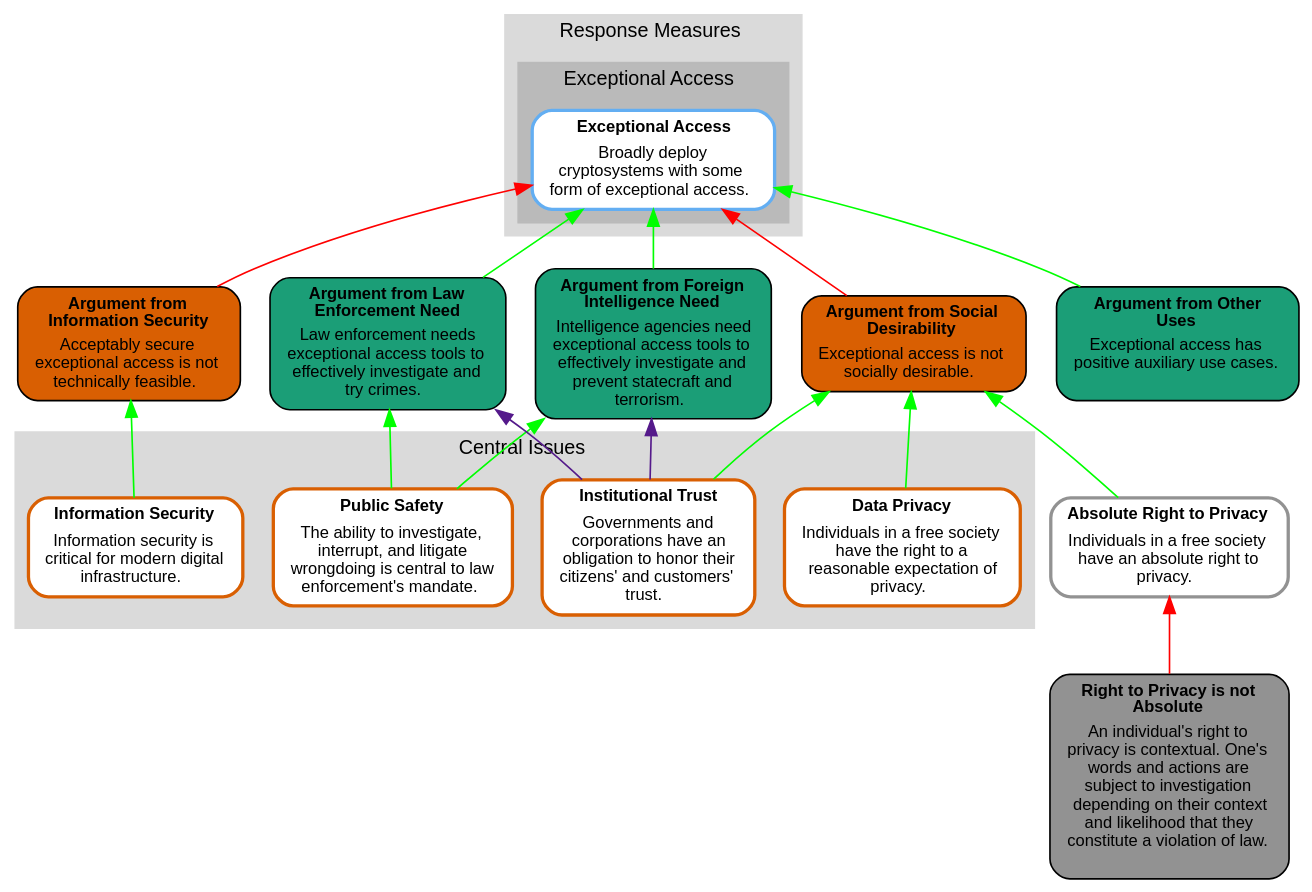
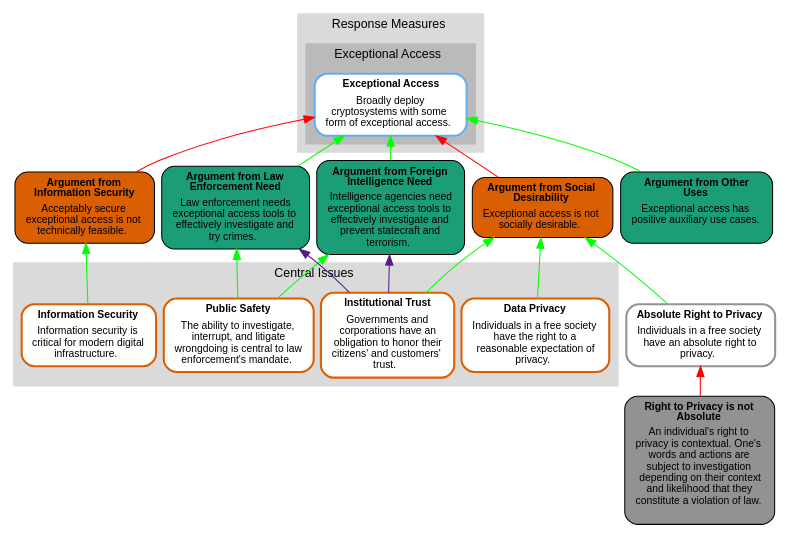
Before and after one commit to kkredit/confronting-wicked-crypto: the diagram in articles/tots-ieee/figures/dot/comprehensive.contrib.dot, drawn with Graphviz. The commit also changed 5 other files, not shown here.

Commit message:
modified dot files for more compact graphs

```diff
--- a/articles/tots-ieee/figures/dot/comprehensive.contrib.dot
+++ b/articles/tots-ieee/figures/dot/comprehensive.contrib.dot
@@ -1,70 +1,72 @@
 digraph "Argument Map" {
 
 rankdir = "BT";
+ranksep = "0.25";
+nodesep = "0.1"
 concentrate = "false";
-ratio = "auto";
-size = "10,10";
+ratio = "compress";
+size = "6,8.5";
 edge[arrowsize="1", penwidth="1"]graph [bgcolor = "transparent" ]
 subgraph cluster_1 {
   label = <<FONT FACE="arial" POINT-SIZE="12" COLOR="#000000">Central&#x20;Issues&#x20;</FONT>>;
   color = "#DADADA";
   margin="8" style = filled;
  labelloc = "b";
 
   n0 [label=<<TABLE WIDTH="0" ALIGN="CENTER" BORDER="0" CELLSPACING="0"><TR><TD WIDTH="0" ALIGN="TEXT" BALIGN="CENTER"><FONT FACE="arial" POINT-SIZE="10" COLOR="#000000"><B>Information&#x20;Security&#x20;</B></FONT></TD></TR><TR><TD ALIGN="TEXT" WIDTH="0" BALIGN="CENTER"><FONT FACE="arial" POINT-SIZE="10" COLOR="#000000">Information&#x20;security&#x20;is&#x20;<BR/>critical&#x20;for&#x20;modern&#x20;digital&#x20;<BR/>infrastructure.&#x20;&#x20;</FONT></TD></TR></TABLE>>, shape="box",  margin="0.11,0.055", style="filled,rounded,bold", color="#d95f02", fillcolor="white", labelfontcolor="white", fontcolor="#000000", type="statement-map-node"];
   n1 [label=<<TABLE WIDTH="0" ALIGN="CENTER" BORDER="0" CELLSPACING="0"><TR><TD WIDTH="0" ALIGN="TEXT" BALIGN="CENTER"><FONT FACE="arial" POINT-SIZE="10" COLOR="#000000"><B>Public&#x20;Safety&#x20;</B></FONT></TD></TR><TR><TD ALIGN="TEXT" WIDTH="0" BALIGN="CENTER"><FONT FACE="arial" POINT-SIZE="10" COLOR="#000000">The&#x20;ability&#x20;to&#x20;investigate&#x2C;&#x20;<BR/>interrupt&#x2C;&#x20;and&#x20;litigate&#x20;<BR/>wrongdoing&#x20;is&#x20;central&#x20;to&#x20;law&#x20;<BR/>enforcement&#x27;s&#x20;mandate.&#x20;&#x20;</FONT></TD></TR></TABLE>>, shape="box",  margin="0.11,0.055", style="filled,rounded,bold", color="#d95f02", fillcolor="white", labelfontcolor="white", fontcolor="#000000", type="statement-map-node"];
   n2 [label=<<TABLE WIDTH="0" ALIGN="CENTER" BORDER="0" CELLSPACING="0"><TR><TD WIDTH="0" ALIGN="TEXT" BALIGN="CENTER"><FONT FACE="arial" POINT-SIZE="10" COLOR="#000000"><B>Data&#x20;Privacy&#x20;</B></FONT></TD></TR><TR><TD ALIGN="TEXT" WIDTH="0" BALIGN="CENTER"><FONT FACE="arial" POINT-SIZE="10" COLOR="#000000">Individuals&#x20;in&#x20;a&#x20;free&#x20;society&#x20;<BR/>have&#x20;the&#x20;right&#x20;to&#x20;a&#x20;<BR/>reasonable&#x20;expectation&#x20;of&#x20;<BR/>privacy.&#x20;&#x20;</FONT></TD></TR></TABLE>>, shape="box",  margin="0.11,0.055", style="filled,rounded,bold", color="#d95f02", fillcolor="white", labelfontcolor="white", fontcolor="#000000", type="statement-map-node"];
   n3 [label=<<TABLE WIDTH="0" ALIGN="CENTER" BORDER="0" CELLSPACING="0"><TR><TD WIDTH="0" ALIGN="TEXT" BALIGN="CENTER"><FONT FACE="arial" POINT-SIZE="10" COLOR="#000000"><B>Institutional&#x20;Trust&#x20;</B></FONT></TD></TR><TR><TD ALIGN="TEXT" WIDTH="0" BALIGN="CENTER"><FONT FACE="arial" POINT-SIZE="10" COLOR="#000000">Governments&#x20;and&#x20;<BR/>corporations&#x20;have&#x20;an&#x20;<BR/>obligation&#x20;to&#x20;honor&#x20;their&#x20;<BR/>citizens&#x27;&#x20;and&#x20;customers&#x27;&#x20;<BR/>trust.&#x20;&#x20;</FONT></TD></TR></TABLE>>, shape="box",  margin="0.11,0.055", style="filled,rounded,bold", color="#d95f02", fillcolor="white", labelfontcolor="white", fontcolor="#000000", type="statement-map-node"];
 
 }
 
 
 subgraph cluster_2 {
   label = <<FONT FACE="arial" POINT-SIZE="12" COLOR="#000000">Response&#x20;Measures&#x20;</FONT>>;
   color = "#DADADA";
   margin="8" style = filled;
  labelloc = "b";
 
 
 subgraph cluster_3 {
   label = <<FONT FACE="arial" POINT-SIZE="12" COLOR="#000000">Exceptional&#x20;Access&#x20;</FONT>>;
   color = "#BABABA";
   margin="8" style = filled;
  labelloc = "b";
 
   n4 [label=<<TABLE WIDTH="0" ALIGN="CENTER" BORDER="0" CELLSPACING="0"><TR><TD WIDTH="0" ALIGN="TEXT" BALIGN="CENTER"><FONT FACE="arial" POINT-SIZE="10" COLOR="#000000"><B>Exceptional&#x20;Access&#x20;</B></FONT></TD></TR><TR><TD ALIGN="TEXT" WIDTH="0" BALIGN="CENTER"><FONT FACE="arial" POINT-SIZE="10" COLOR="#000000">Broadly&#x20;deploy&#x20;<BR/>cryptosystems&#x20;with&#x20;some&#x20;<BR/>form&#x20;of&#x20;exceptional&#x20;access.&#x20;&#x20;</FONT></TD></TR></TABLE>>, shape="box",  margin="0.11,0.055", style="filled,rounded,bold", color="#63AEF2", fillcolor="white", labelfontcolor="white", fontcolor="#000000", type="statement-map-node"];
 
 }
 
 
 }
 
   n5 [label=<<TABLE WIDTH="0" ALIGN="CENTER" BORDER="0" CELLSPACING="0"><TR><TD WIDTH="0" ALIGN="TEXT" BALIGN="CENTER"><FONT FACE="arial" POINT-SIZE="10" COLOR="#000000"><B>Absolute&#x20;Right&#x20;to&#x20;Privacy&#x20;</B></FONT></TD></TR><TR><TD ALIGN="TEXT" WIDTH="0" BALIGN="CENTER"><FONT FACE="arial" POINT-SIZE="10" COLOR="#000000">Individuals&#x20;in&#x20;a&#x20;free&#x20;society&#x20;<BR/>have&#x20;an&#x20;absolute&#x20;right&#x20;to&#x20;<BR/>privacy.&#x20;&#x20;</FONT></TD></TR></TABLE>>, shape="box",  margin="0.11,0.055", style="filled,rounded,bold", color="#929292", fillcolor="white", labelfontcolor="white", fontcolor="#000000", type="statement-map-node"];
   n6 [label=<<TABLE WIDTH="0" ALIGN="CENTER" BORDER="0" CELLSPACING="0"><TR><TD WIDTH="0" ALIGN="TEXT" BALIGN="CENTER"><FONT FACE="arial" POINT-SIZE="10" COLOR="#000000"><B>Argument&#x20;from&#x20;Law&#x20;<BR/>Enforcement&#x20;Need&#x20;</B></FONT></TD></TR><TR><TD ALIGN="TEXT" WIDTH="0" BALIGN="CENTER"><FONT FACE="arial" POINT-SIZE="10" COLOR="#000000">Law&#x20;enforcement&#x20;needs&#x20;<BR/>exceptional&#x20;access&#x20;tools&#x20;to&#x20;<BR/>effectively&#x20;investigate&#x20;and&#x20;<BR/>try&#x20;crimes.&#x20;&#x20;</FONT></TD></TR></TABLE>>, margin="0.11,0.055", shape="box", style="filled,rounded", fillcolor="#1b9e77", fontcolor="#000000",  type="argument-map-node"];
   n7 [label=<<TABLE WIDTH="0" ALIGN="CENTER" BORDER="0" CELLSPACING="0"><TR><TD WIDTH="0" ALIGN="TEXT" BALIGN="CENTER"><FONT FACE="arial" POINT-SIZE="10" COLOR="#000000"><B>Argument&#x20;from&#x20;Foreign&#x20;<BR/>Intelligence&#x20;Need&#x20;</B></FONT></TD></TR><TR><TD ALIGN="TEXT" WIDTH="0" BALIGN="CENTER"><FONT FACE="arial" POINT-SIZE="10" COLOR="#000000">Intelligence&#x20;agencies&#x20;need&#x20;<BR/>exceptional&#x20;access&#x20;tools&#x20;to&#x20;<BR/>effectively&#x20;investigate&#x20;and&#x20;<BR/>prevent&#x20;statecraft&#x20;and&#x20;<BR/>terrorism.&#x20;&#x20;</FONT></TD></TR></TABLE>>, margin="0.11,0.055", shape="box", style="filled,rounded", fillcolor="#1b9e77", fontcolor="#000000",  type="argument-map-node"];
   n8 [label=<<TABLE WIDTH="0" ALIGN="CENTER" BORDER="0" CELLSPACING="0"><TR><TD WIDTH="0" ALIGN="TEXT" BALIGN="CENTER"><FONT FACE="arial" POINT-SIZE="10" COLOR="#000000"><B>Argument&#x20;from&#x20;<BR/>Information&#x20;Security&#x20;</B></FONT></TD></TR><TR><TD ALIGN="TEXT" WIDTH="0" BALIGN="CENTER"><FONT FACE="arial" POINT-SIZE="10" COLOR="#000000">Acceptably&#x20;secure&#x20;<BR/>exceptional&#x20;access&#x20;is&#x20;not&#x20;<BR/>technically&#x20;feasible.&#x20;&#x20;</FONT></TD></TR></TABLE>>, margin="0.11,0.055", shape="box", style="filled,rounded", fillcolor="#d95f02", fontcolor="#000000",  type="argument-map-node"];
   n9 [label=<<TABLE WIDTH="0" ALIGN="CENTER" BORDER="0" CELLSPACING="0"><TR><TD WIDTH="0" ALIGN="TEXT" BALIGN="CENTER"><FONT FACE="arial" POINT-SIZE="10" COLOR="#000000"><B>Argument&#x20;from&#x20;Other&#x20;<BR/>Uses&#x20;</B></FONT></TD></TR><TR><TD ALIGN="TEXT" WIDTH="0" BALIGN="CENTER"><FONT FACE="arial" POINT-SIZE="10" COLOR="#000000">Exceptional&#x20;access&#x20;has&#x20;<BR/>positive&#x20;auxiliary&#x20;use&#x20;cases.&#x20;<BR/>&#x20;</FONT></TD></TR></TABLE>>, margin="0.11,0.055", shape="box", style="filled,rounded", fillcolor="#1b9e77", fontcolor="#000000",  type="argument-map-node"];
   n10 [label=<<TABLE WIDTH="0" ALIGN="CENTER" BORDER="0" CELLSPACING="0"><TR><TD WIDTH="0" ALIGN="TEXT" BALIGN="CENTER"><FONT FACE="arial" POINT-SIZE="10" COLOR="#000000"><B>Right&#x20;to&#x20;Privacy&#x20;is&#x20;not&#x20;<BR/>Absolute&#x20;</B></FONT></TD></TR><TR><TD ALIGN="TEXT" WIDTH="0" BALIGN="CENTER"><FONT FACE="arial" POINT-SIZE="10" COLOR="#000000">An&#x20;individual&#x27;s&#x20;right&#x20;to&#x20;<BR/>privacy&#x20;is&#x20;contextual.&#x20;One&#x27;s&#x20;<BR/>words&#x20;and&#x20;actions&#x20;are&#x20;<BR/>subject&#x20;to&#x20;investigation&#x20;<BR/>depending&#x20;on&#x20;their&#x20;context&#x20;<BR/>and&#x20;likelihood&#x20;that&#x20;they&#x20;<BR/>constitute&#x20;a&#x20;violation&#x20;of&#x20;law.&#x20;<BR/>&#x20;</FONT></TD></TR></TABLE>>, margin="0.11,0.055", shape="box", style="filled,rounded", fillcolor="#929292", fontcolor="#000000",  type="argument-map-node"];
   n11 [label=<<TABLE WIDTH="0" ALIGN="CENTER" BORDER="0" CELLSPACING="0"><TR><TD WIDTH="0" ALIGN="TEXT" BALIGN="CENTER"><FONT FACE="arial" POINT-SIZE="10" COLOR="#000000"><B>Argument&#x20;from&#x20;Social&#x20;<BR/>Desirability&#x20;</B></FONT></TD></TR><TR><TD ALIGN="TEXT" WIDTH="0" BALIGN="CENTER"><FONT FACE="arial" POINT-SIZE="10" COLOR="#000000">Exceptional&#x20;access&#x20;is&#x20;not&#x20;<BR/>socially&#x20;desirable.&#x20;&#x20;</FONT></TD></TR></TABLE>>, margin="0.11,0.055", shape="box", style="filled,rounded", fillcolor="#d95f02", fontcolor="#000000",  type="argument-map-node"];
 
 
   n11 -> n4 [type="attack", color="#ff0000"];
   n3 -> n6 [type="undercut", color="#551A8B"];
   n7 -> n4 [type="support", color="#00ff00"];
   n1 -> n7 [type="support", color="#00ff00"];
   n3 -> n7 [type="undercut", color="#551A8B"];
   n8 -> n4 [type="attack", color="#ff0000"];
   n0 -> n8 [type="support", color="#00ff00"];
   n10 -> n5 [type="attack", color="#ff0000"];
   n6 -> n4 [type="support", color="#00ff00"];
   n9 -> n4 [type="support", color="#00ff00"];
   n1 -> n6 [type="support", color="#00ff00"];
   n2 -> n11 [type="support", color="#00ff00"];
   n3 -> n11 [type="support", color="#00ff00"];
   n5 -> n11 [type="support", color="#00ff00"];
 { rank = same;
 };
 { rank = same;
 };
 
 }
```
